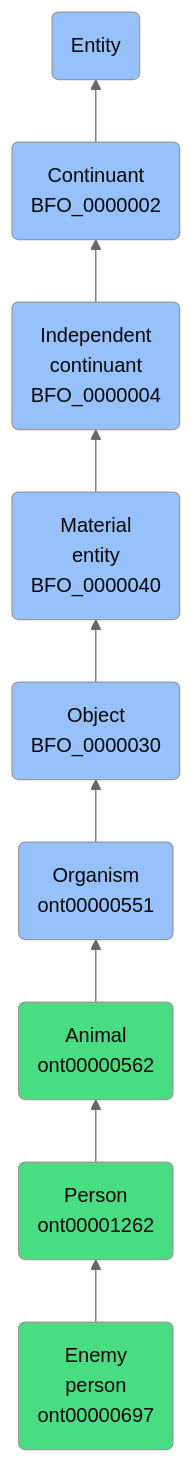
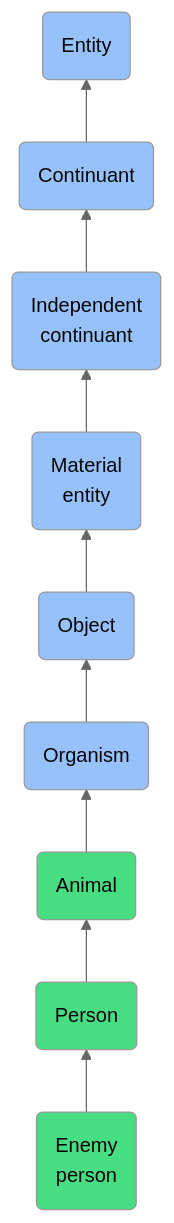
Before and after one commit to jupyter-naas/abi: the diagram in docs/ontology/reference/model/Entity/Continuant/Independent continuant/Material entity/Object/Organism/Animal/Person/Enemy person/Enemy person.md, drawn with Mermaid (neutral theme). The commit also changed other lines of this file and 1430 other files, not shown here.

````diff
--- a/docs/ontology/reference/model/Entity/Continuant/Independent continuant/Material entity/Object/Organism/Animal/Person/Enemy person/Enemy person.md
+++ b/docs/ontology/reference/model/Entity/Continuant/Independent continuant/Material entity/Object/Organism/Animal/Person/Enemy person/Enemy person.md
@@ -24,16 +24,16 @@
 ```mermaid
 graph BT
-    ont00000697(Enemy<br>person<br>ont00000697):::ABI-->ont00001262
-    ont00001262(Person<br>ont00001262):::ABI-->ont00000562
-    ont00000562(Animal<br>ont00000562):::ABI-->ont00000551
-    ont00000551(Organism<br>ont00000551):::BFO-->BFO_0000030
-    BFO_0000030(Object<br>BFO_0000030):::BFO-->BFO_0000040
-    BFO_0000040(Material<br>entity<br>BFO_0000040):::BFO-->BFO_0000004
-    BFO_0000004(Independent<br>continuant<br>BFO_0000004):::BFO-->BFO_0000002
-    BFO_0000002(Continuant<br>BFO_0000002):::BFO-->BFO_0000001
+    ont00000697(Enemy<br>person):::ABI-->ont00001262
+    ont00001262(Person):::ABI-->ont00000562
+    ont00000562(Animal):::ABI-->ont00000551
+    ont00000551(Organism):::BFO-->BFO_0000030
+    BFO_0000030(Object):::BFO-->BFO_0000040
+    BFO_0000040(Material<br>entity):::BFO-->BFO_0000004
+    BFO_0000004(Independent<br>continuant):::BFO-->BFO_0000002
+    BFO_0000002(Continuant):::BFO-->BFO_0000001
     BFO_0000001(Entity):::BFO
     
     classDef BFO fill:#97c1fb,color:#060606
     classDef CCO fill:#e4c51e,color:#060606
     classDef ABI fill:#48DD82,color:#060606
 ```
````
